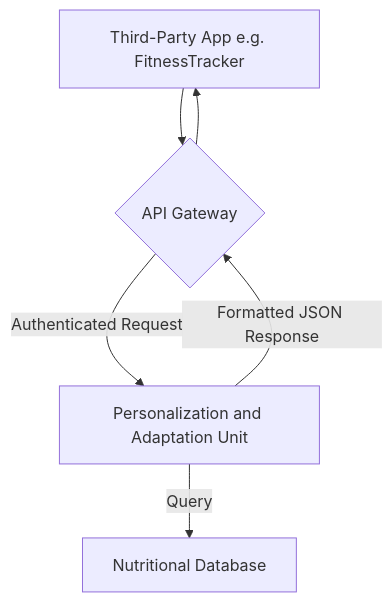
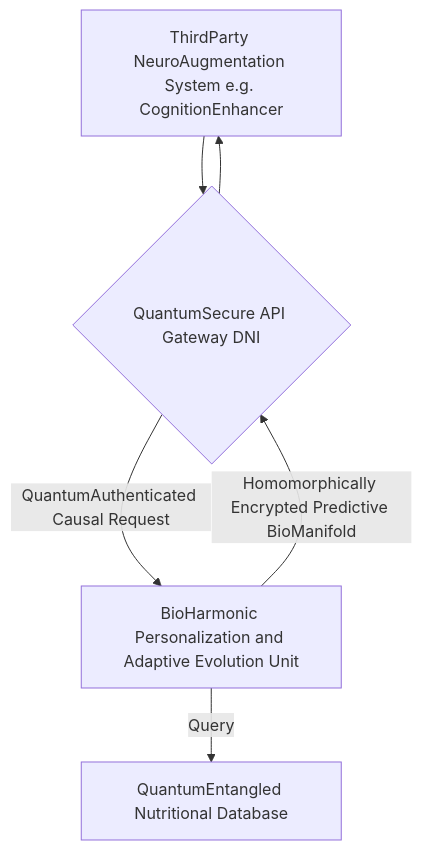
Before and after one commit to diplomat-bit/Citibank_Demo_Business_Inc_Demonstration-: the eighth of 9 diagrams in inventions/109_ai_nutritionist_from_food_photos.md, drawn with Mermaid. The commit also changed other lines of this file, not shown here.

````diff
--- a/inventions/109_ai_nutritionist_from_food_photos.md
+++ b/inventions/109_ai_nutritionist_from_food_photos.md
@@ -253,8 +306,8 @@
 ```mermaid
 graph TD
-    A[Third-Party App e.g. FitnessTracker] --> B{API Gateway}
-    B -- Authenticated Request --> C[Personalization and Adaptation Unit]
-    C -- Query --> D[Nutritional Database]
-    C -- Formatted JSON Response --> B
+    A[ThirdParty NeuroAugmentation System e.g. CognitionEnhancer] --> B{QuantumSecure API Gateway DNI}
+    B -- QuantumAuthenticated Causal Request --> C[BioHarmonic Personalization and Adaptive Evolution Unit]
+    C -- Query --> D[QuantumEntangled Nutritional Database]
+    C -- Homomorphically Encrypted Predictive BioManifold --> B
     B --> A
 ```
````
